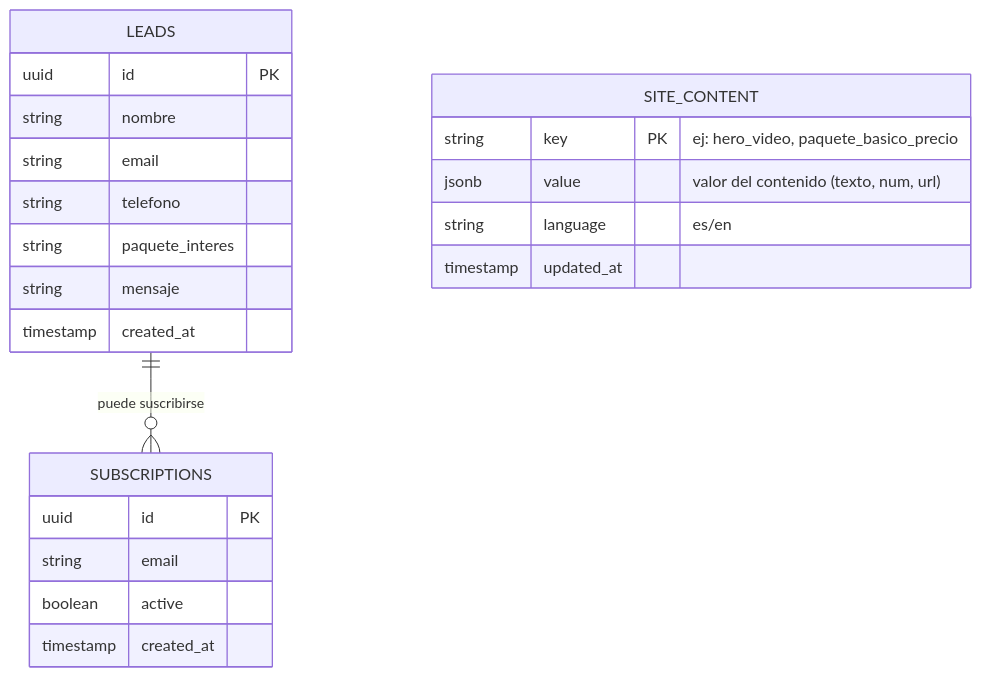
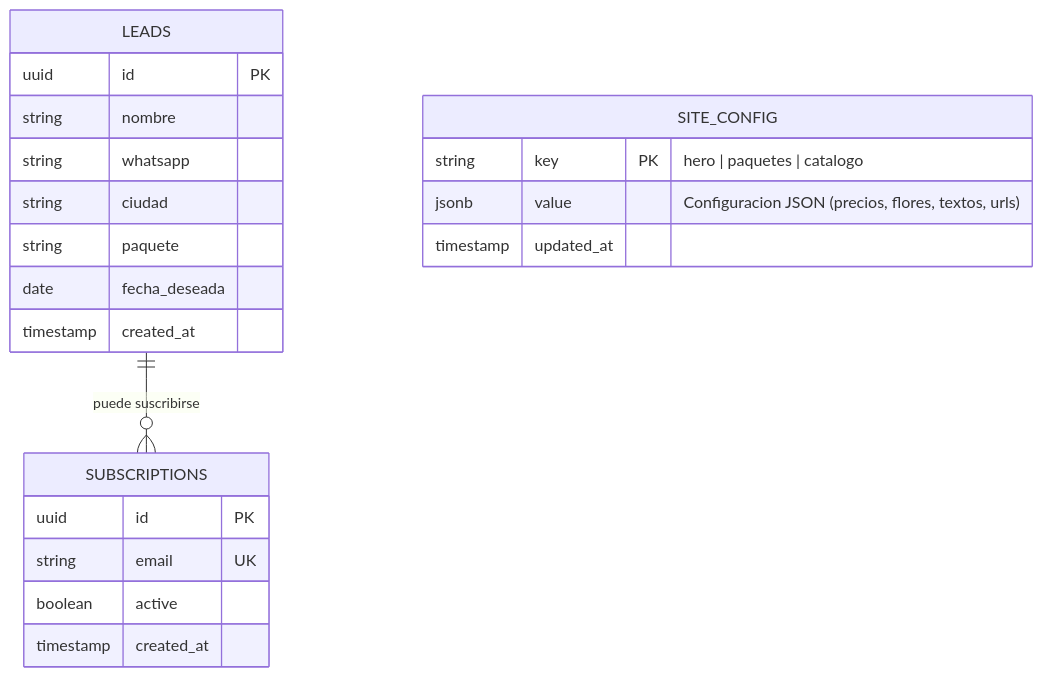
One commit to pcamacho447/presencia-website changed the diagram in _bmad-output/planning-artifacts/architecture/architecture-presencia-web-2026-09-25/diagrams/supabase-erd.mmd. Above: the diagram before and after it, drawn with Mermaid. The commit also changed 8 other files, not shown here.

Commit message:
docs(plan): define floral catalog design, architecture diagrams, and implementation plan

```diff
--- a/_bmad-output/planning-artifacts/architecture/architecture-presencia-web-2026-09-25/diagrams/supabase-erd.mmd
+++ b/_bmad-output/planning-artifacts/architecture/architecture-presencia-web-2026-09-25/diagrams/supabase-erd.mmd
@@ -1,26 +1,25 @@
 erDiagram
     LEADS {
         uuid id PK
         string nombre
-        string email
-        string telefono
-        string paquete_interes
-        string mensaje
+        string whatsapp
+        string ciudad
+        string paquete
+        date fecha_deseada
         timestamp created_at
     }
 
     SUBSCRIPTIONS {
         uuid id PK
-        string email
+        string email UK
         boolean active
         timestamp created_at
     }
 
-    SITE_CONTENT {
-        string key PK "ej: hero_video, paquete_basico_precio"
-        jsonb value "valor del contenido (texto, num, url)"
-        string language "es/en"
+    SITE_CONFIG {
+        string key PK "hero | paquetes | catalogo"
+        jsonb value "Configuracion JSON (precios, flores, textos, urls)"
         timestamp updated_at
     }
 
     LEADS ||--o{ SUBSCRIPTIONS : "puede suscribirse"
```
